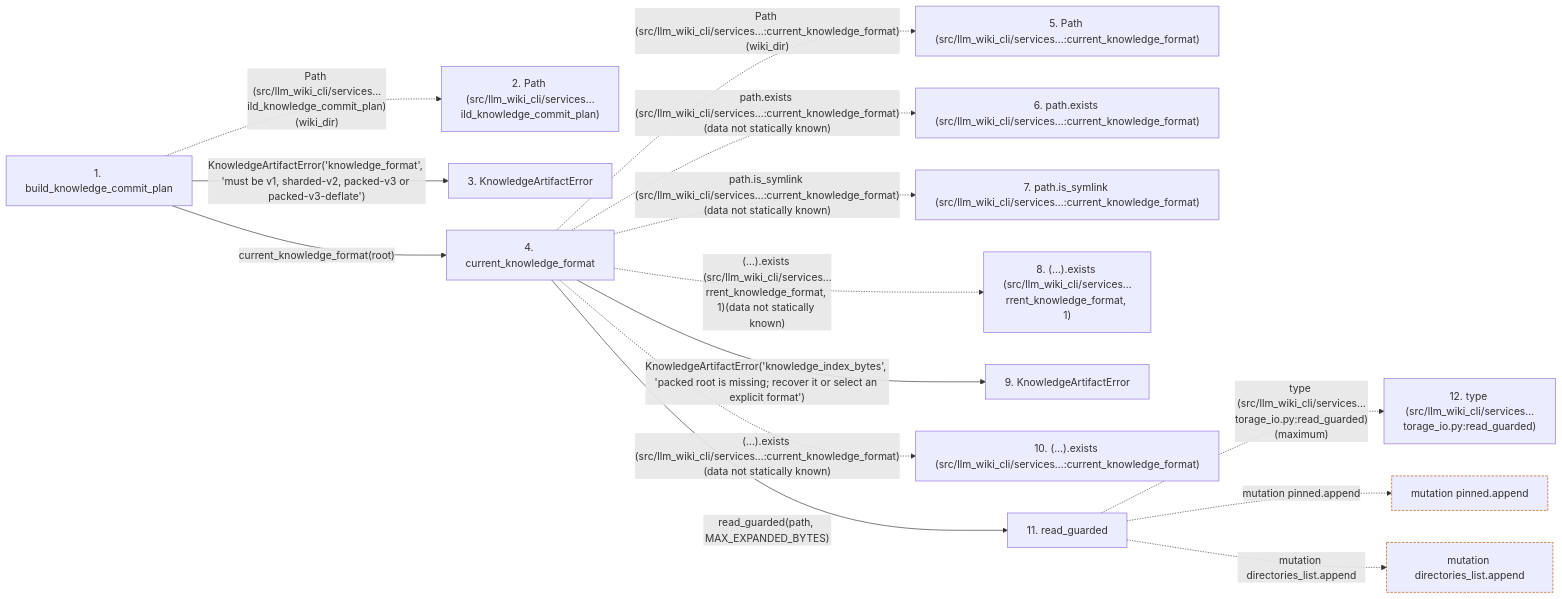
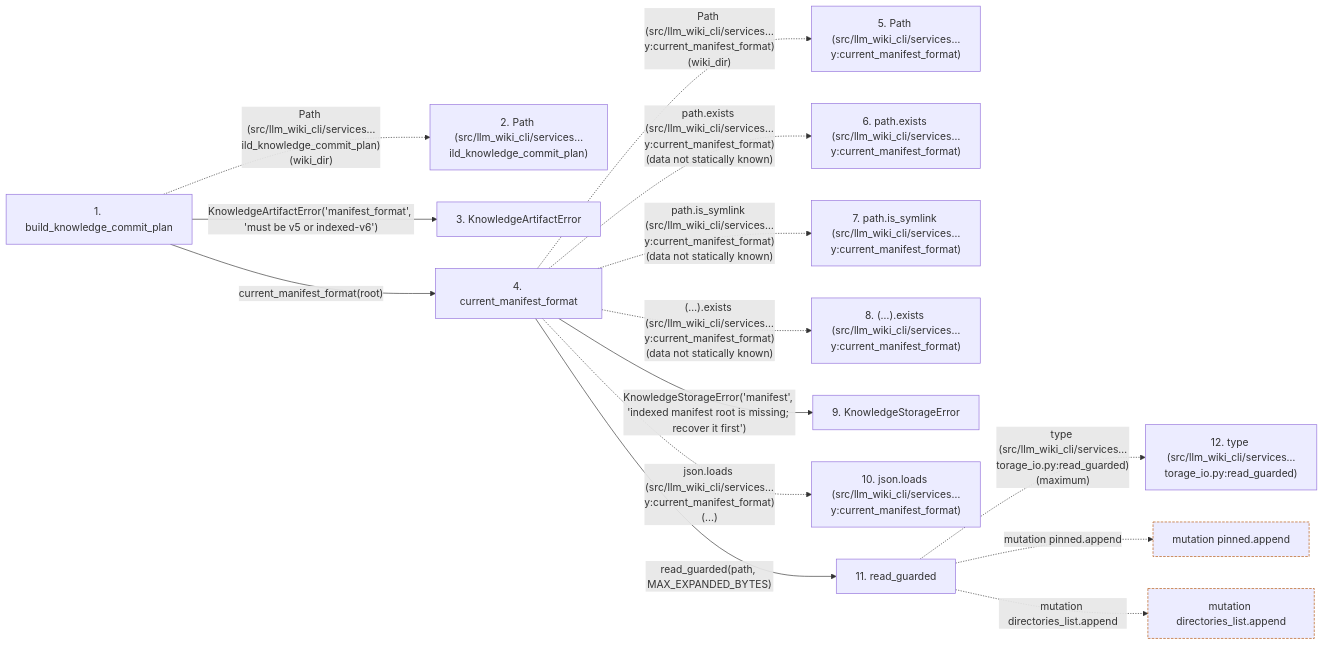
The second of 2 diagrams in docs/llm_wiki/flows/api-build_knowledge_commit_plan.md (Denissvgn/python-wiki-llm), drawn with Mermaid before and after one commit. The commit also changed other lines of this file and 476 other files, not shown here.

Commit message:
Refresh the reference wiki with bounded manifest storage

````diff
--- a/docs/llm_wiki/flows/api-build_knowledge_commit_plan.md
+++ b/docs/llm_wiki/flows/api-build_knowledge_commit_plan.md
@@ -102,38 +105,38 @@
 ```mermaid
 flowchart LR
     s1["1. build_knowledge_commit_plan"]
     s2["2. Path (src/llm_wiki_cli/services…ild_knowledge_commit_plan)"]
     s3["3. KnowledgeArtifactError"]
-    s4["4. current_knowledge_format"]
-    s5["5. Path (src/llm_wiki_cli/services…:current_knowledge_format)"]
-    s6["6. path.exists (src/llm_wiki_cli/services…:current_knowledge_format)"]
-    s7["7. path.is_symlink (src/llm_wiki_cli/services…:current_knowledge_format)"]
-    s8["8. (…).exists (src/llm_wiki_cli/services…rrent_knowledge_format, 1)"]
-    s9["9. KnowledgeArtifactError"]
-    s10["10. (…).exists (src/llm_wiki_cli/services…:current_knowledge_format)"]
+    s4["4. current_manifest_format"]
+    s5["5. Path (src/llm_wiki_cli/services…y:current_manifest_format)"]
+    s6["6. path.exists (src/llm_wiki_cli/services…y:current_manifest_format)"]
+    s7["7. path.is_symlink (src/llm_wiki_cli/services…y:current_manifest_format)"]
+    s8["8. (…).exists (src/llm_wiki_cli/services…y:current_manifest_format)"]
+    s9["9. KnowledgeStorageError"]
+    s10["10. json.loads (src/llm_wiki_cli/services…y:current_manifest_format)"]
     s11["11. read_guarded"]
     s12["12. type (src/llm_wiki_cli/services…torage_io.py:read_guarded)"]
     s1 -. "Path (src/llm_wiki_cli/services…ild_knowledge_commit_plan)(wiki_dir)" .-> s2
-    s1 -->|"KnowledgeArtifactError('knowledge_format', 'must be v1, sharded-v2, packed-v3 or packed-v3-deflate')"| s3
-    s1 -->|"current_knowledge_format(root)"| s4
-    s4 -. "Path (src/llm_wiki_cli/services…:current_knowledge_format)(wiki_dir)" .-> s5
-    s4 -. "path.exists (src/llm_wiki_cli/services…:current_knowledge_format)(data not statically known)" .-> s6
-    s4 -. "path.is_symlink (src/llm_wiki_cli/services…:current_knowledge_format)(data not statically known)" .-> s7
-    s4 -. "(…).exists (src/llm_wiki_cli/services…rrent_knowledge_format, 1)(data not statically known)" .-> s8
-    s4 -->|"KnowledgeArtifactError('knowledge_index_bytes', 'packed root is missing; recover it or select an explicit format')"| s9
-    s4 -. "(…).exists (src/llm_wiki_cli/services…:current_knowledge_format)(data not statically known)" .-> s10
+    s1 -->|"KnowledgeArtifactError('manifest_format', 'must be v5 or indexed-v6')"| s3
+    s1 -->|"current_manifest_format(root)"| s4
+    s4 -. "Path (src/llm_wiki_cli/services…y:current_manifest_format)(wiki_dir)" .-> s5
+    s4 -. "path.exists (src/llm_wiki_cli/services…y:current_manifest_format)(data not statically known)" .-> s6
+    s4 -. "path.is_symlink (src/llm_wiki_cli/services…y:current_manifest_format)(data not statically known)" .-> s7
+    s4 -. "(…).exists (src/llm_wiki_cli/services…y:current_manifest_format)(data not statically known)" .-> s8
+    s4 -->|"KnowledgeStorageError('manifest', 'indexed manifest root is missing; recover it first')"| s9
+    s4 -. "json.loads (src/llm_wiki_cli/services…y:current_manifest_format)(...)" .-> s10
     s4 -->|"read_guarded(path, MAX_EXPANDED_BYTES)"| s11
     s11 -. "type (src/llm_wiki_cli/services…torage_io.py:read_guarded)(maximum)" .-> s12
     b0["mutation pinned.append"]
     s11 -. "mutation pinned.append" .-> b0
     b1["mutation directories_list.append"]
     s11 -. "mutation directories_list.append" .-> b1
     click s1 "../modules/knowledge_artifacts.md"
     click s3 "../modules/knowledge_artifacts.md"
-    click s4 "../modules/knowledge_artifacts.md"
-    click s9 "../modules/knowledge_artifacts.md"
+    click s4 "../modules/manifest_storage.md"
+    click s9 "../modules/knowledge_storage.md"
     click s11 "../modules/knowledge_storage_io.md"
     classDef boundary stroke:#b45309,stroke-dasharray: 4 2
     class b0 boundary
     class b1 boundary
 ```
````
